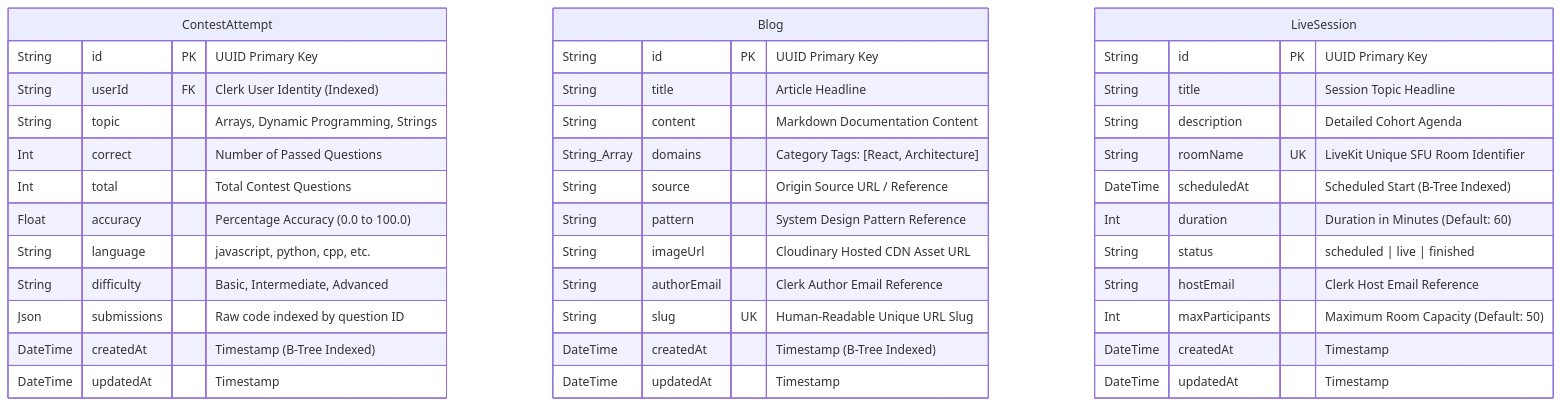
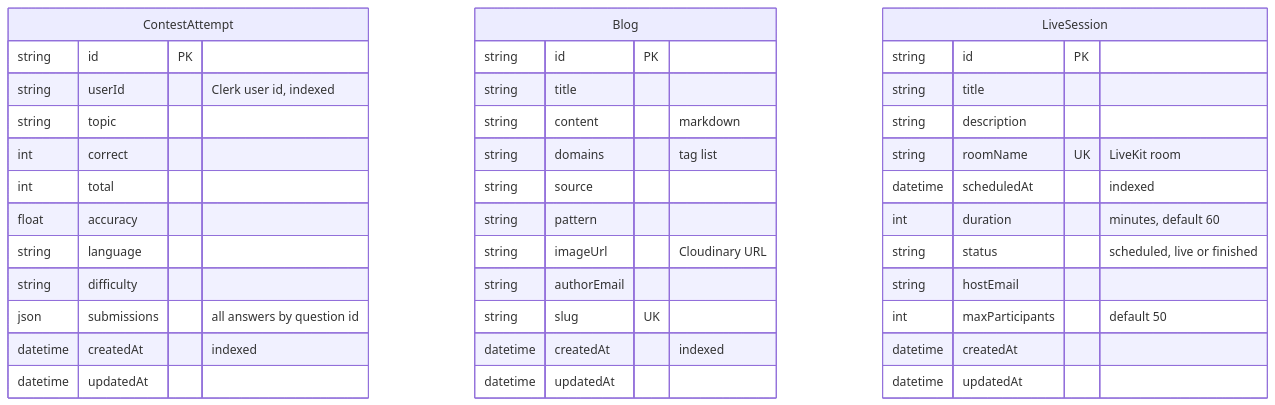
Before and after one commit to DevSars24/codeify: diagram 12 of 19 in README.md, drawn with Mermaid. The commit also changed other lines of this file, not shown here.

````diff
--- a/README.md
+++ b/README.md
@@ -501,44 +420,44 @@
 ```mermaid
 erDiagram
     ContestAttempt {
-        String id PK "UUID Primary Key"
-        String userId FK "Clerk User Identity (Indexed)"
-        String topic "Arrays, Dynamic Programming, Strings"
-        Int correct "Number of Passed Questions"
-        Int total "Total Contest Questions"
-        Float accuracy "Percentage Accuracy (0.0 to 100.0)"
-        String language "javascript, python, cpp, etc."
-        String difficulty "Basic, Intermediate, Advanced"
-        Json submissions "Raw code indexed by question ID"
-        DateTime createdAt "Timestamp (B-Tree Indexed)"
-        DateTime updatedAt "Timestamp"
+        string id PK
+        string userId "Clerk user id, indexed"
+        string topic
+        int correct
+        int total
+        float accuracy
+        string language
+        string difficulty
+        json submissions "all answers by question id"
+        datetime createdAt "indexed"
+        datetime updatedAt
     }
 
     Blog {
-        String id PK "UUID Primary Key"
-        String title "Article Headline"
-        String content "Markdown Documentation Content"
-        String_Array domains "Category Tags: [React, Architecture]"
-        String source "Origin Source URL / Reference"
-        String pattern "System Design Pattern Reference"
-        String imageUrl "Cloudinary Hosted CDN Asset URL"
-        String authorEmail "Clerk Author Email Reference"
-        String slug UK "Human-Readable Unique URL Slug"
-        DateTime createdAt "Timestamp (B-Tree Indexed)"
-        DateTime updatedAt "Timestamp"
+        string id PK
+        string title
+        string content "markdown"
+        string domains "tag list"
+        string source
+        string pattern
+        string imageUrl "Cloudinary URL"
+        string authorEmail
+        string slug UK
+        datetime createdAt "indexed"
+        datetime updatedAt
     }
 
     LiveSession {
-        String id PK "UUID Primary Key"
-        String title "Session Topic Headline"
-        String description "Detailed Cohort Agenda"
-        String roomName UK "LiveKit Unique SFU Room Identifier"
-        DateTime scheduledAt "Scheduled Start (B-Tree Indexed)"
-        Int duration "Duration in Minutes (Default: 60)"
-        String status "scheduled | live | finished"
-        String hostEmail "Clerk Host Email Reference"
-        Int maxParticipants "Maximum Room Capacity (Default: 50)"
-        DateTime createdAt "Timestamp"
-        DateTime updatedAt "Timestamp"
+        string id PK
+        string title
+        string description
+        string roomName UK "LiveKit room"
+        datetime scheduledAt "indexed"
+        int duration "minutes, default 60"
+        string status "scheduled, live or finished"
+        string hostEmail
+        int maxParticipants "default 50"
+        datetime createdAt
+        datetime updatedAt
     }
 ```
````
